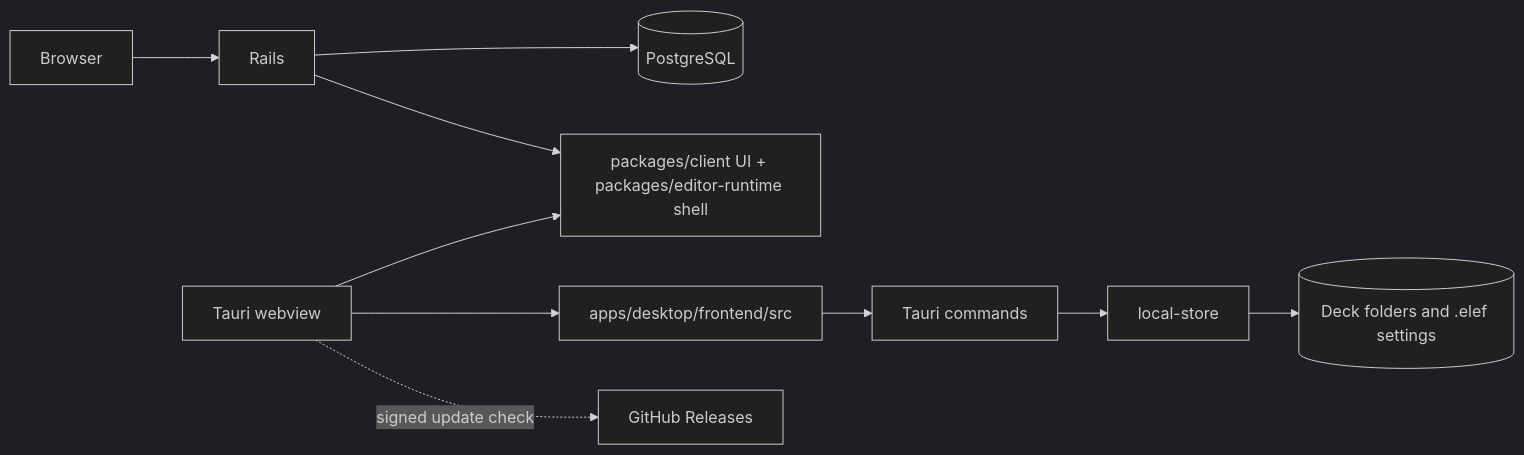
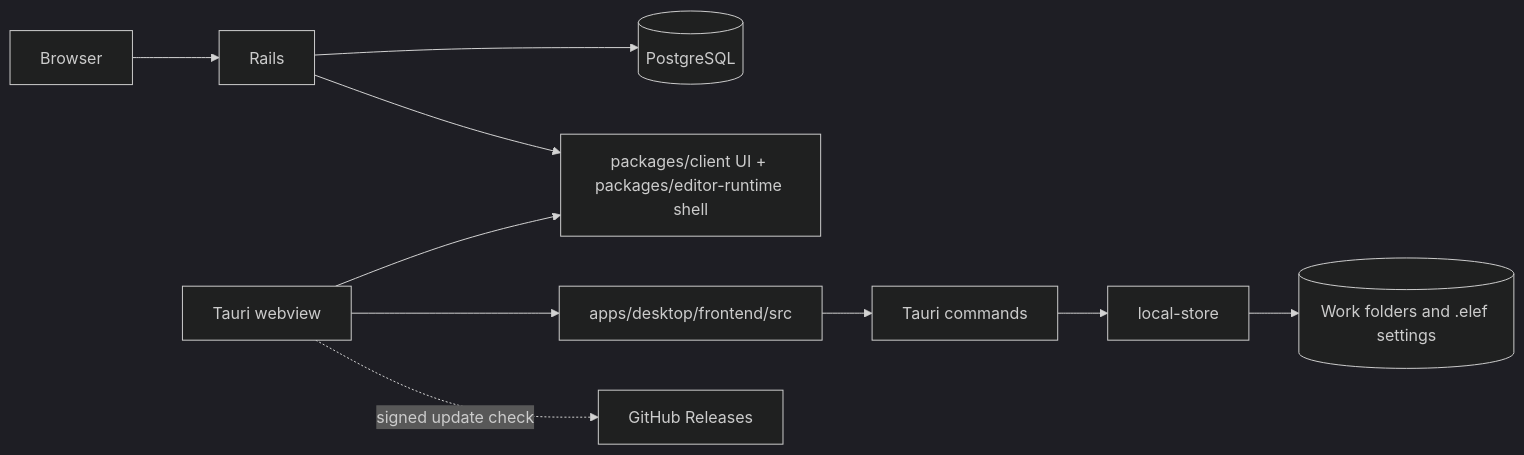
The diagram in docs/architecture.md (Hansespinosa2/elef), drawn with Mermaid (dark theme) before and after one commit. The commit also changed other lines of this file and 18 other files, not shown here.

First line of the commit message:
Rename deck to Work across docs and align fixtures

```diff
--- a/docs/architecture.md
+++ b/docs/architecture.md
@@ -7,12 +7,12 @@
 ~~~mermaid
 flowchart LR
     Browser --> Rails
     Rails --> PG[(PostgreSQL)]
     Rails --> Shared[packages/client UI + packages/editor-runtime shell]
     Tauri[Tauri webview] --> Shared
     Tauri --> Adapter[apps/desktop/frontend/src]
     Adapter --> Commands[Tauri commands]
     Commands --> Core[local-store]
-    Core --> Files[(Deck folders and .elef settings)]
+    Core --> Files[(Work folders and .elef settings)]
     Tauri -. signed update check .-> Releases[GitHub Releases]
 ~~~
```
